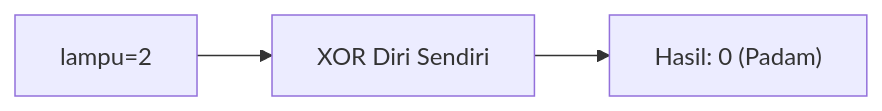
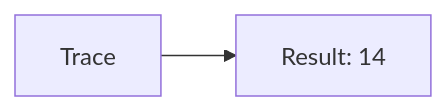
Diagram 18 of 25 in part-c-pemahaman-cpp/06-bitwise/latihan/set-05.md (amnahwaida/OSNK_INF_PREP), drawn with Mermaid before and after one commit. The commit also changed other lines of this file and 71 other files, not shown here.

````diff
--- a/part-c-pemahaman-cpp/06-bitwise/latihan/set-05.md
+++ b/part-c-pemahaman-cpp/06-bitwise/latihan/set-05.md
@@ -455,5 +379,4 @@
 ```mermaid
 graph LR
-A["lampu=2"] --> B["XOR Diri Sendiri"]
-B --> C["Hasil: 0 (Padam)"]
+A[Trace] --> B[Result: 14]
 ```
````
